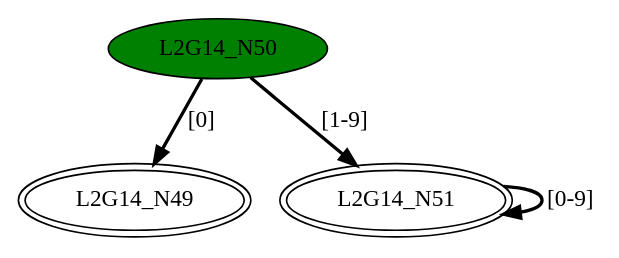
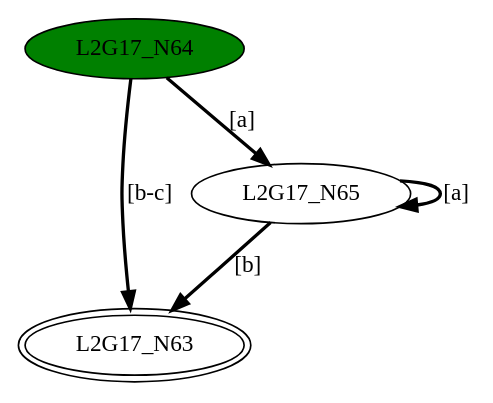
Before and after one commit to GDimitroulakos/EDUFLEX: the diagram in DFASimulator/Testbench/minimizedDFA2.dot, drawn with Graphviz. The commit also changed 216 other files, not shown here.

```diff
--- a/DFASimulator/Testbench/minimizedDFA2.dot
+++ b/DFASimulator/Testbench/minimizedDFA2.dot
@@ -1,8 +1,9 @@
-digraph G14{
-"L2G14_N49" [peripheries=2];
-"L2G14_N50" [style=filled,fillcolor=green];
-"L2G14_N51" [peripheries=2];
-"L2G14_N50"->"L2G14_N49" [style = bold, label = "[0]"];
-"L2G14_N50"->"L2G14_N51" [style = bold, label = "[1-9]"];
-"L2G14_N51"->"L2G14_N51" [style = bold, label = "[0-9]"];
+digraph G17{
+"L2G17_N63" [peripheries=2];
+"L2G17_N64" [style=filled,fillcolor=green];
+"L2G17_N65";
+"L2G17_N64"->"L2G17_N63" [style = bold, label = "[b-c]"];
+"L2G17_N64"->"L2G17_N65" [style = bold, label = "[a]"];
+"L2G17_N65"->"L2G17_N63" [style = bold, label = "[b]"];
+"L2G17_N65"->"L2G17_N65" [style = bold, label = "[a]"];
 }
```
